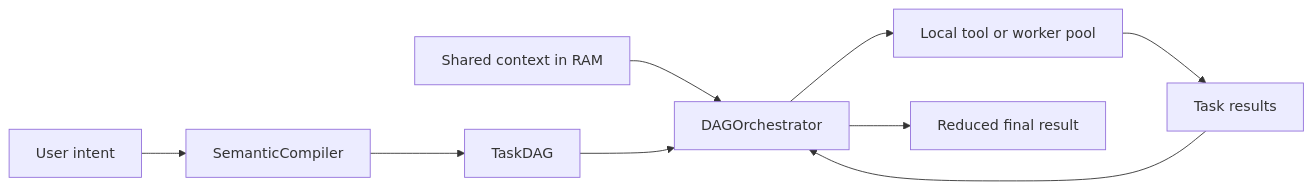
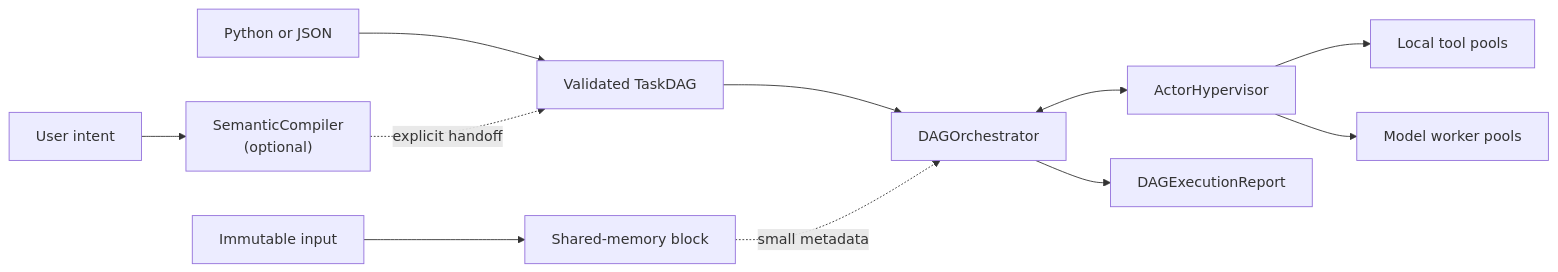
Before and after one commit to aantenore/ThreadSwarm: the diagram in README.md, drawn with Mermaid. The commit also changed other lines of this file and 25 other files, not shown here.

First line of the commit message:
feat: harden local DAG runtime

````diff
--- a/README.md
+++ b/README.md
@@ -24,11 +28,13 @@
 ```mermaid
 flowchart LR
-    A["User intent"] --> B["SemanticCompiler"]
-    B --> C["TaskDAG"]
-    D["Shared context in RAM"] --> E["DAGOrchestrator"]
-    C --> E
-    E --> F["Local tool or worker pool"]
-    F --> G["Task results"]
-    G --> E
-    E --> H["Reduced final result"]
+    P["Python or JSON"] --> D["Validated TaskDAG"]
+    U["User intent"] --> C["SemanticCompiler<br/>(optional)"]
+    C -. "explicit handoff" .-> D
+    X["Immutable input"] --> S["Shared-memory block"]
+    D --> O["DAGOrchestrator"]
+    S -. "small metadata" .-> O
+    O <--> H["ActorHypervisor"]
+    H --> T["Local tool pools"]
+    H --> M["Model worker pools"]
+    O --> R["DAGExecutionReport"]
 ```
````
